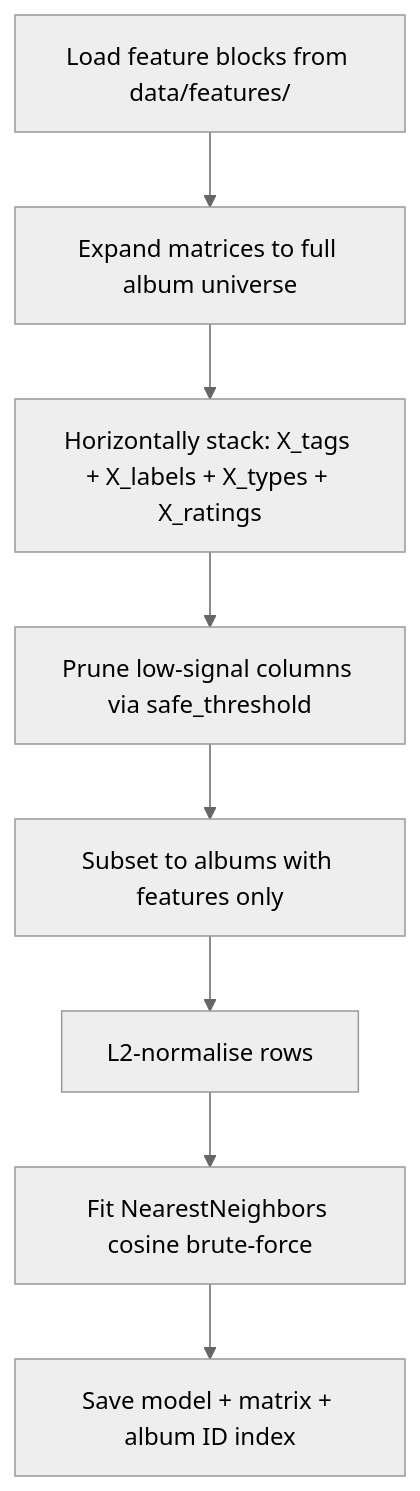
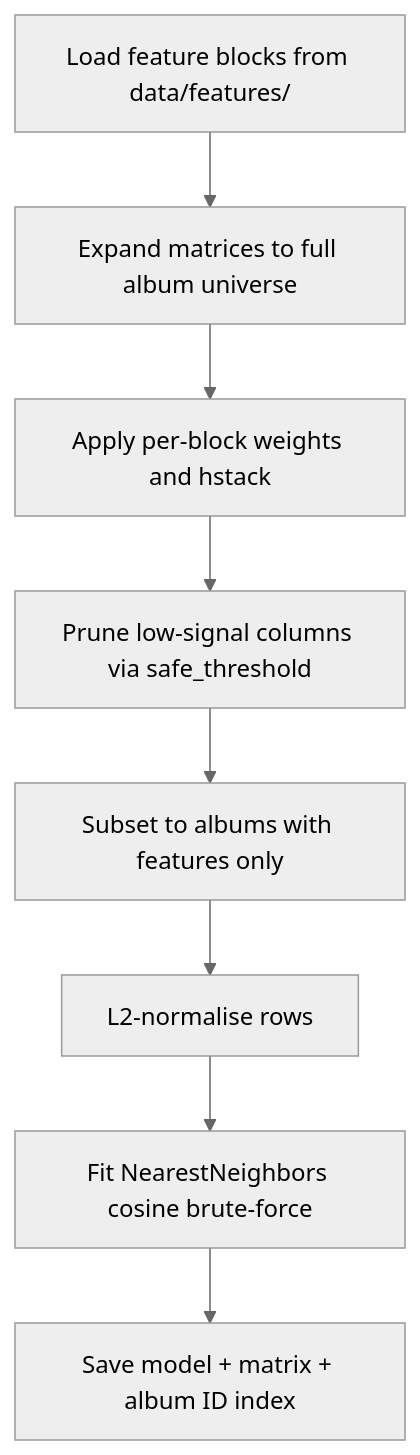
One commit to nmcf/mixtape changed the diagram in docs/04-model.md. Above: the diagram before and after it, drawn with Mermaid (neutral theme). The commit also changed other lines of this file and 5 other files, not shown here.

````diff
--- a/docs/04-model.md
+++ b/docs/04-model.md
@@ -18,10 +31,10 @@
 ```mermaid
 flowchart TD
     A[Load feature blocks from data/features/] --> B[Expand matrices to full album universe]
-    B --> C[Horizontally stack: X_tags + X_labels + X_types + X_ratings]
+    B --> C[Apply per-block weights and hstack]
     C --> D[Prune low-signal columns via safe_threshold]
     D --> E[Subset to albums with features only]
     E --> F[L2-normalise rows]
     F --> G[Fit NearestNeighbors cosine brute-force]
     G --> H[Save model + matrix + album ID index]
 ```
````
